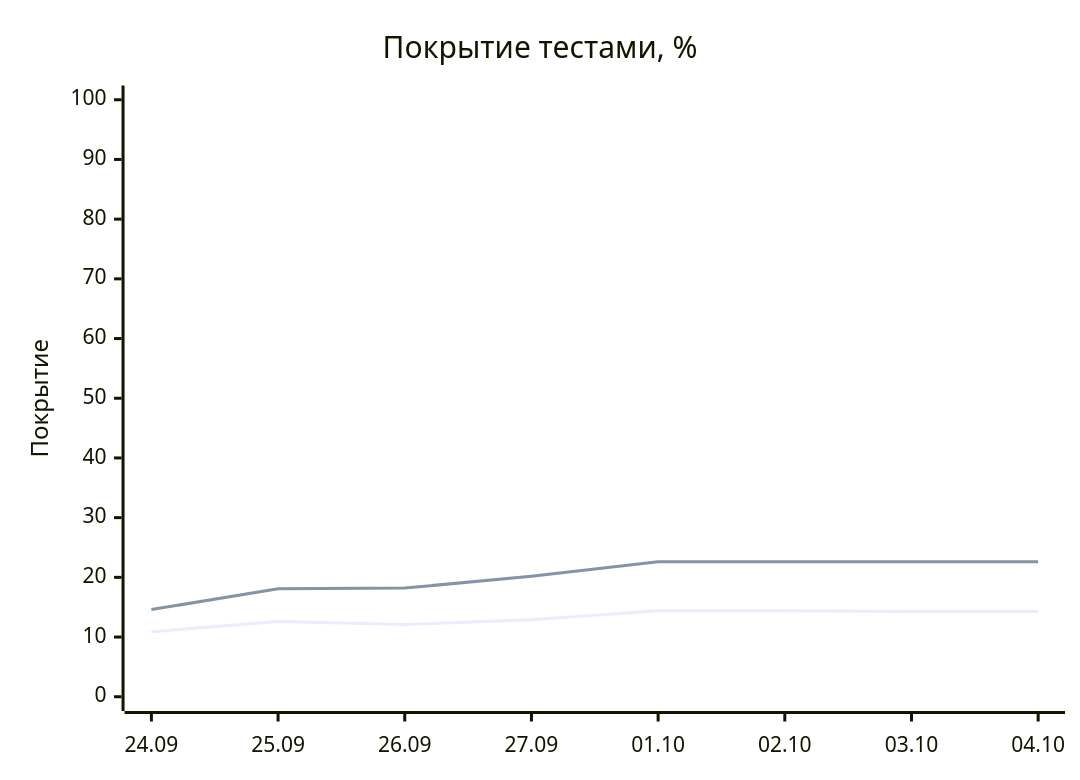
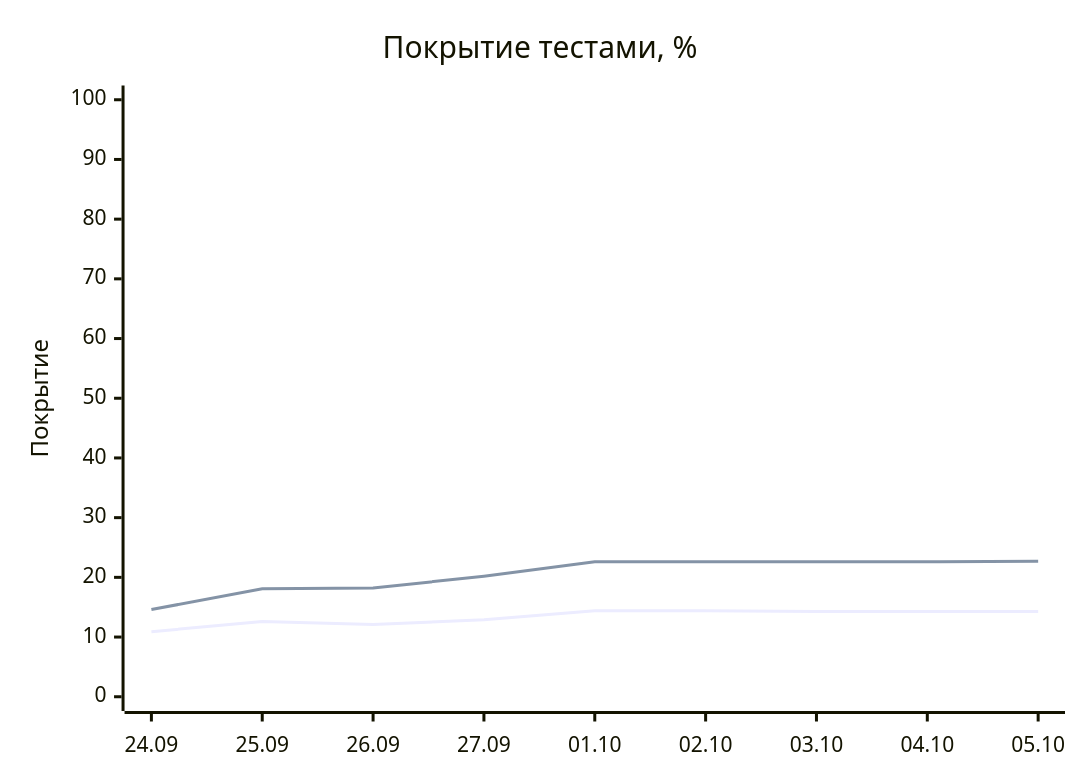
The diagram in README.md (EvgeniBondarev/coverage-report), drawn with Mermaid before and after one commit. The commit also changed other lines of this file and 2780 other files, not shown here.

````diff
--- a/README.md
+++ b/README.md
@@ -19,8 +19,8 @@
 ```mermaid
 xychart-beta
     title "Покрытие тестами, %"
-    x-axis ["24.09", "25.09", "26.09", "27.09", "01.10", "02.10", "03.10", "04.10"]
+    x-axis ["24.09", "25.09", "26.09", "27.09", "01.10", "02.10", "03.10", "04.10", "05.10"]
     y-axis "Покрытие" 0 --> 100
-    line [10.9, 12.6, 12.1, 12.9, 14.4, 14.4, 14.3, 14.3]
-    line [14.6, 18.1, 18.2, 20.2, 22.6, 22.6, 22.6, 22.6]
+    line [10.9, 12.6, 12.1, 12.9, 14.4, 14.4, 14.3, 14.3, 14.3]
+    line [14.6, 18.1, 18.2, 20.2, 22.6, 22.6, 22.6, 22.6, 22.7]
 ```
````
